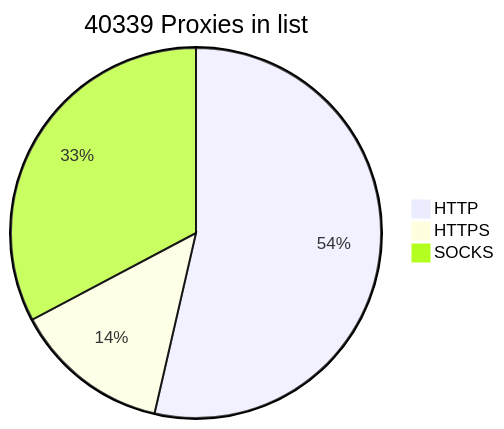
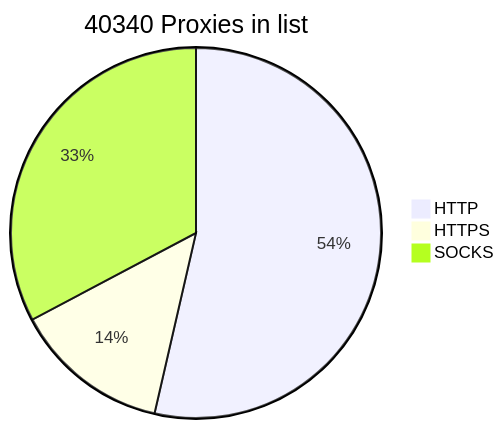
One commit to BlackSnowDot/proxylist-update-every-minute changed the diagram in README.md. Above: the diagram before and after it, drawn with Mermaid. The commit also changed other lines of this file, not shown here.

````diff
--- a/README.md
+++ b/README.md
@@ -2,6 +2,6 @@
 ```mermaid
-pie title 40339 Proxies in list
+pie title 40340 Proxies in list
     "HTTP" : 24241
-    "HTTPS": 6177
+    "HTTPS": 6178
     "SOCKS" : 14810
 ```
````
